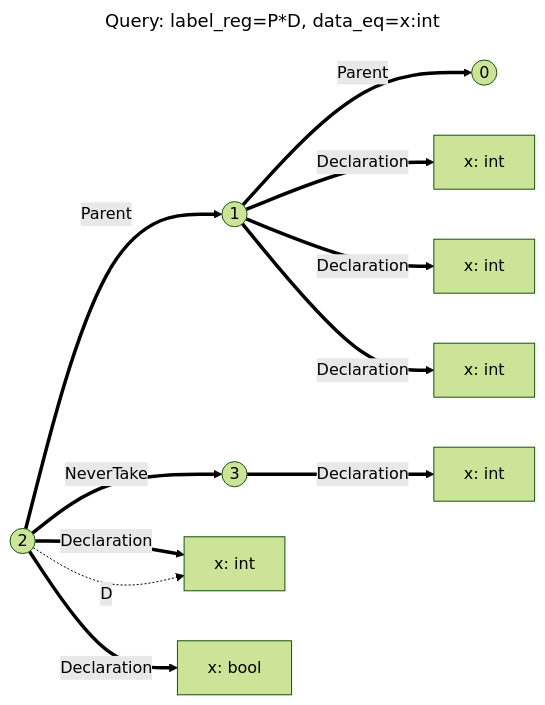
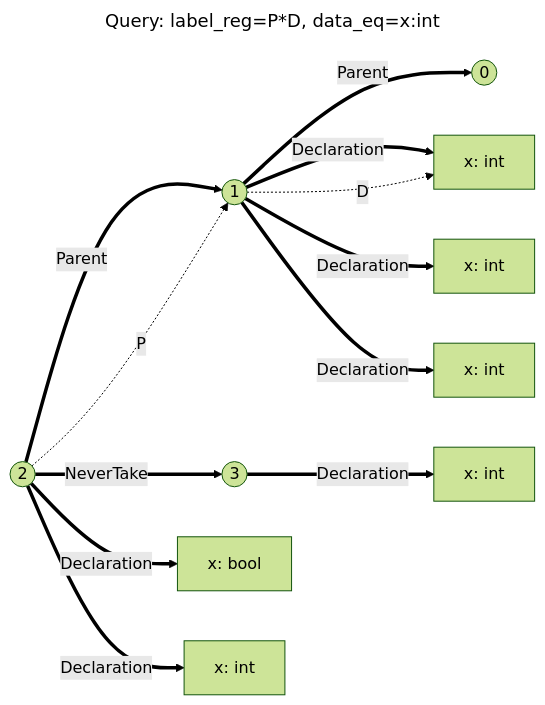
Before and after one commit to Achtuur/scope-graph: the diagram in output.mmd, drawn with Mermaid (forest theme). The commit also changed 7 other files, not shown here.

```diff
--- a/output.mmd
+++ b/output.mmd
@@ -1,35 +1,36 @@
 ---
 title: "Query: label_reg=P*D, data_eq=x:int"
 ---
 flowchart LR
+	scope_1(("1"))
 	scope_2(("2"))
+	scope_4(("4"))
+	scope_0(("0"))
+	scope_3(("3"))
+	scope_8(("8"))
 	scope_9(("9"))
-	scope_0(("0"))
-	scope_4(("4"))
-	scope_1(("1"))
-	scope_3(("3"))
+	scope_6(("6"))
 	scope_7(("7"))
 	scope_5(("5"))
-	scope_8(("8"))
-	scope_6(("6"))
+	scope_1(("1"))
 	scope_2(("2"))
+	scope_4["x: int"]
+	scope_0(("0"))
+	scope_3(("3"))
+	scope_8["x: bool"]
 	scope_9["x: int"]
-	scope_0(("0"))
-	scope_4["x: int"]
-	scope_1(("1"))
-	scope_3(("3"))
+	scope_6["x: int"]
 	scope_7["x: int"]
 	scope_5["x: int"]
-	scope_8["x: bool"]
-	scope_6["x: int"]
+scope_1 ==>|"Parent"| scope_0
+scope_1 ==>|"Declaration"| scope_4
+scope_1 ==>|"Declaration"| scope_5
+scope_1 ==>|"Declaration"| scope_6
 scope_2 ==>|"Parent"| scope_1
 scope_2 ==>|"NeverTake"| scope_3
 scope_2 ==>|"Declaration"| scope_7
 scope_2 ==>|"Declaration"| scope_8
-scope_1 ==>|"Parent"| scope_0
-scope_1 ==>|"Declaration"| scope_4
-scope_1 ==>|"Declaration"| scope_5
-scope_1 ==>|"Declaration"| scope_6
 scope_3 ==>|"Declaration"| scope_9
 
-scope_2 -.D.-> scope_7
+scope_1 -.D.-> scope_4
+scope_2 -.P.-> scope_1
```
